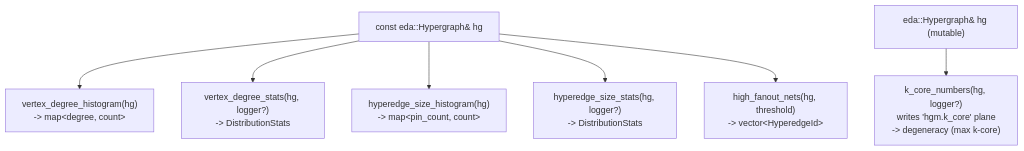
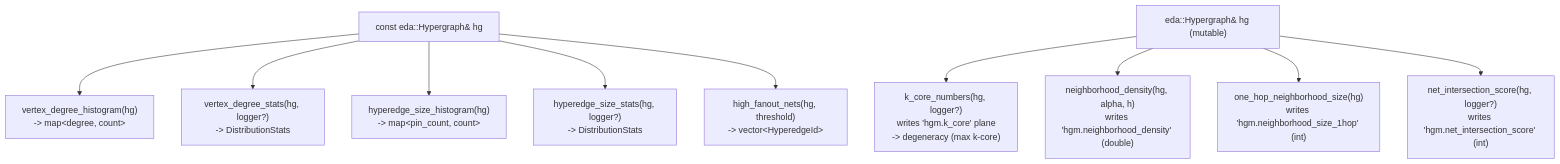
One commit to rfive88/eda-lab changed the first of 11 diagrams in src/hg_metrics/FLOW.md. Above: the diagram before and after it, drawn with Mermaid. The commit also changed other lines of this file and 4 other files, not shown here.

First line of the commit message:
hg_metrics: C3 NESS neighborhood density

````diff
--- a/src/hg_metrics/FLOW.md
+++ b/src/hg_metrics/FLOW.md
@@ -22,9 +26,12 @@
 ```mermaid
 graph TD
     A["const eda::Hypergraph& hg"] --> B["vertex_degree_histogram(hg)<br/>-> map&lt;degree, count&gt;"]
     A --> C["vertex_degree_stats(hg, logger?)<br/>-> DistributionStats"]
     A --> D["hyperedge_size_histogram(hg)<br/>-> map&lt;pin_count, count&gt;"]
     A --> E["hyperedge_size_stats(hg, logger?)<br/>-> DistributionStats"]
     A --> F["high_fanout_nets(hg, threshold)<br/>-> vector&lt;HyperedgeId&gt;"]
     G["eda::Hypergraph& hg (mutable)"] --> H["k_core_numbers(hg, logger?)<br/>writes 'hgm.k_core' plane<br/>-> degeneracy (max k-core)"]
+    G --> I["neighborhood_density(hg, alpha, h)<br/>writes 'hgm.neighborhood_density' (double)"]
+    G --> J["one_hop_neighborhood_size(hg)<br/>writes 'hgm.neighborhood_size_1hop' (int)"]
+    G --> K["net_intersection_score(hg, logger?)<br/>writes 'hgm.net_intersection_score' (int)"]
 ```
````
